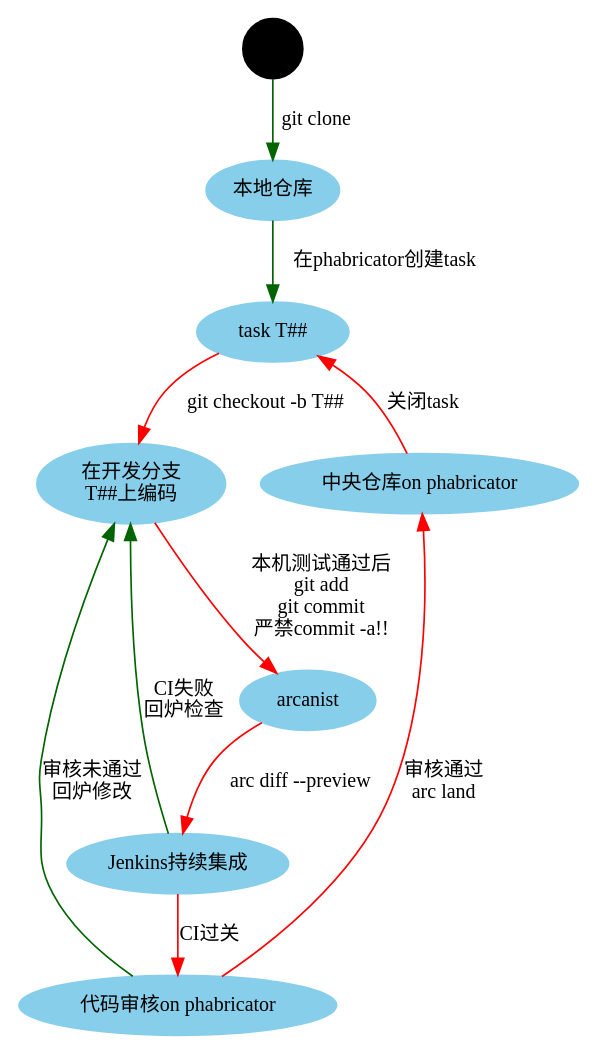
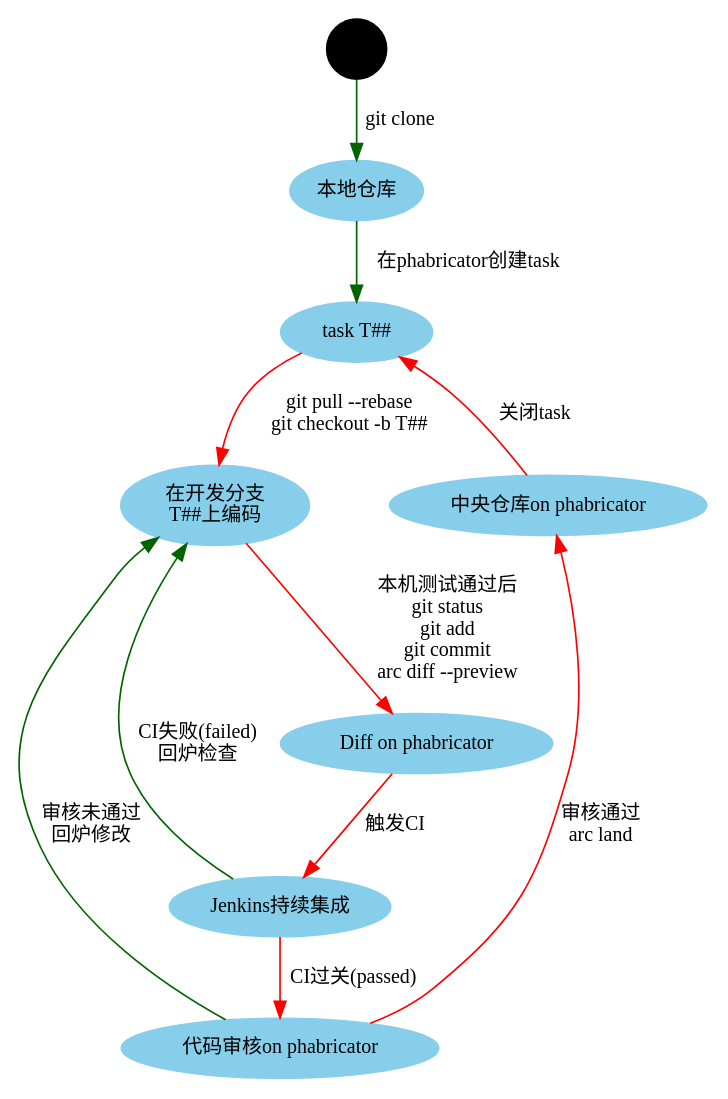
The diagram in imgs/project-management/devel-workflow.dot (subaochen/blog), drawn with Graphviz before and after one commit.

Commit message:
small polish to devel workflow

```diff
--- a/imgs/project-management/devel-workflow.dot
+++ b/imgs/project-management/devel-workflow.dot
@@ -1,28 +1,30 @@
 digraph G {
     //rankdir=LR;
     node[fontsize=12,style="filled",color="skyblue"];
     edge[fontsize=12,color="darkgreen"];
     begin[shape="circle", color="black", style="filled", label="",fixedsize="true"];
     local_repo[label="本地仓库"];
     task[label="task T##"];
     devel_branch[label="在开发分支\nT##上编码"];
     remote_repo[label="中央仓库on phabricator"];
-    arcanist[label="arcanist"];
+    //arcanist[label="arcanist"];
     phabricator[label="代码审核on phabricator"];
+    phab_diff[label="Diff on phabricator"];
     jenkins[label="Jenkins持续集成"];
 
     begin->local_repo[label="git clone"];
     local_repo->task[label="在phabricator创建task"];
-    task->devel_branch[label="git checkout -b T##",color="red"];
-    devel_branch->arcanist[label="本机测试通过后\ngit add\ngit commit\n严禁commit -a!!",color="red"];
-    arcanist->jenkins[label="arc diff --preview",color="red"];
-    jenkins->phabricator[label="CI过关",color="red"];
-    jenkins->devel_branch[label="CI失败\n回炉检查"];
+    task->devel_branch[label="git pull --rebase\ngit checkout -b T##",color="red"];
+    devel_branch->phab_diff[label="本机测试通过后\ngit status\ngit add\ngit commit\narc diff --preview",color="red"];
+    //arcanist->phab_diff[label="arc diff --preview",color="red"];
+    phab_diff->jenkins[label="触发CI",color="red"];
+    jenkins->phabricator[label="CI过关(passed)",color="red"];
+    jenkins->devel_branch[label="CI失败(failed)\n回炉检查"];
     phabricator->devel_branch[label="审核未通过\n回炉修改"];
     phabricator->remote_repo[label="审核通过\narc land",color="red"];
     remote_repo->task[label="关闭task",color="red"];
 
     //task->devel_branch[label="task id:T#",style="dashed",color="green"];
     {rank=same;devel_branch,remote_repo}
 
 }
```
